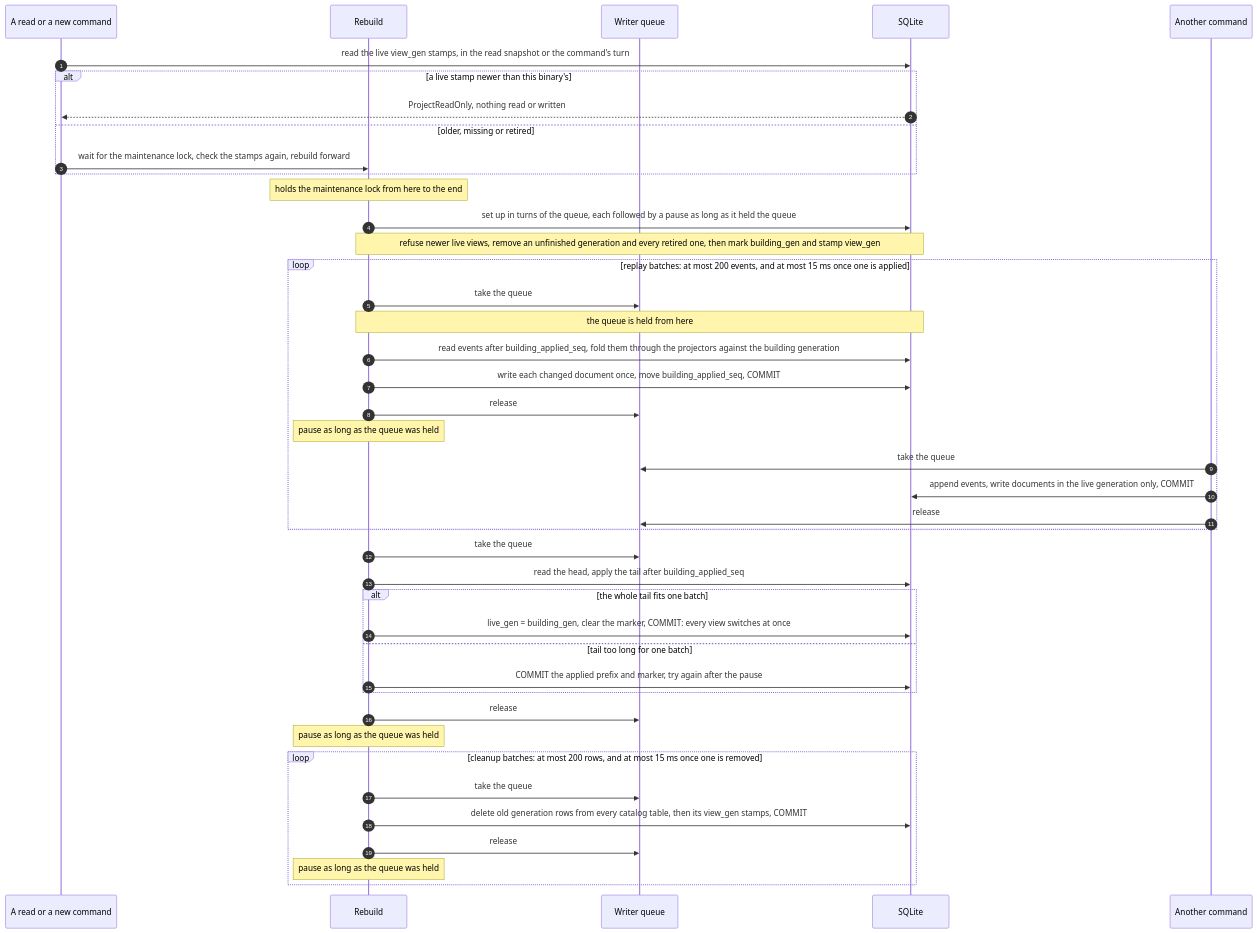
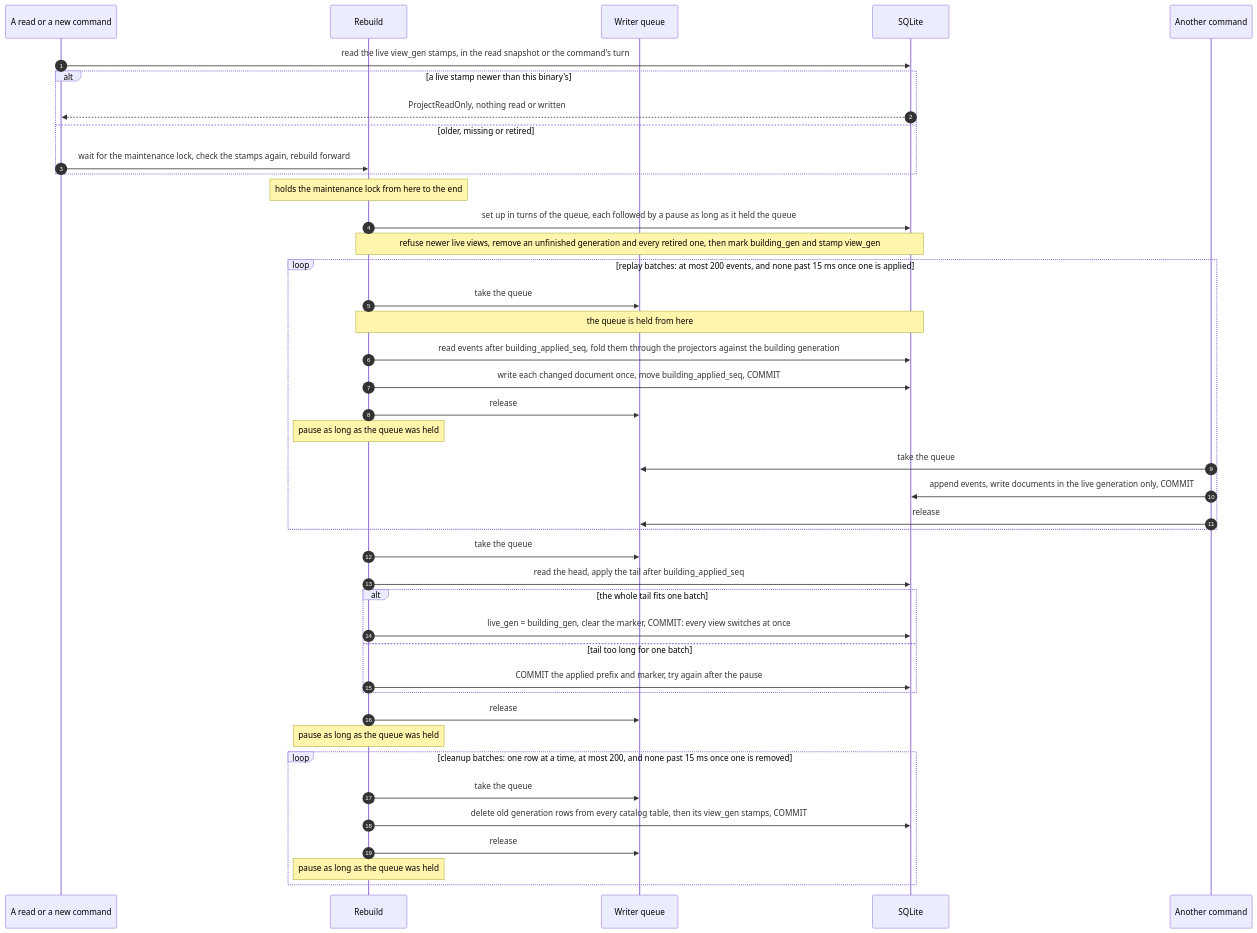
The seventh of 12 diagrams in docs/design/0001-evidence-ledger.md (crenshawdev/baley), drawn with Mermaid before and after one commit. The commit also changed other lines of this file and 5 other files, not shown here.

````diff
--- a/docs/design/0001-evidence-ledger.md
+++ b/docs/design/0001-evidence-ledger.md
@@ -515,44 +515,44 @@
 ```mermaid
 sequenceDiagram
   autonumber
   participant U as A read or a new command
   participant R as Rebuild
   participant W as Writer queue
   participant Q as SQLite
   participant C as Another command
   U->>Q: read the live view_gen stamps, in the read snapshot or the command's turn
   alt a live stamp newer than this binary's
     Q-->>U: ProjectReadOnly, nothing read or written
   else older, missing or retired
     U->>R: wait for the maintenance lock, check the stamps again, rebuild forward
   end
   Note over R: holds the maintenance lock from here to the end
   R->>Q: set up in turns of the queue, each followed by a pause as long as it held the queue
   Note over R,Q: refuse newer live views, remove an unfinished generation and every retired one, then mark building_gen and stamp view_gen
-  loop replay batches: at most 200 events, and at most 15 ms once one is applied
+  loop replay batches: at most 200 events, and none past 15 ms once one is applied
     R->>W: take the queue
     Note over R,Q: the queue is held from here
     R->>Q: read events after building_applied_seq, fold them through the projectors against the building generation
     R->>Q: write each changed document once, move building_applied_seq, COMMIT
     R->>W: release
     Note over R: pause as long as the queue was held
     C->>W: take the queue
     C->>Q: append events, write documents in the live generation only, COMMIT
     C->>W: release
   end
   R->>W: take the queue
   R->>Q: read the head, apply the tail after building_applied_seq
   alt the whole tail fits one batch
     R->>Q: live_gen = building_gen, clear the marker, COMMIT: every view switches at once
   else tail too long for one batch
     R->>Q: COMMIT the applied prefix and marker, try again after the pause
   end
   R->>W: release
   Note over R: pause as long as the queue was held
-  loop cleanup batches: at most 200 rows, and at most 15 ms once one is removed
+  loop cleanup batches: one row at a time, at most 200, and none past 15 ms once one is removed
     R->>W: take the queue
     R->>Q: delete old generation rows from every catalog table, then its view_gen stamps, COMMIT
     R->>W: release
     Note over R: pause as long as the queue was held
   end
 ```
````
